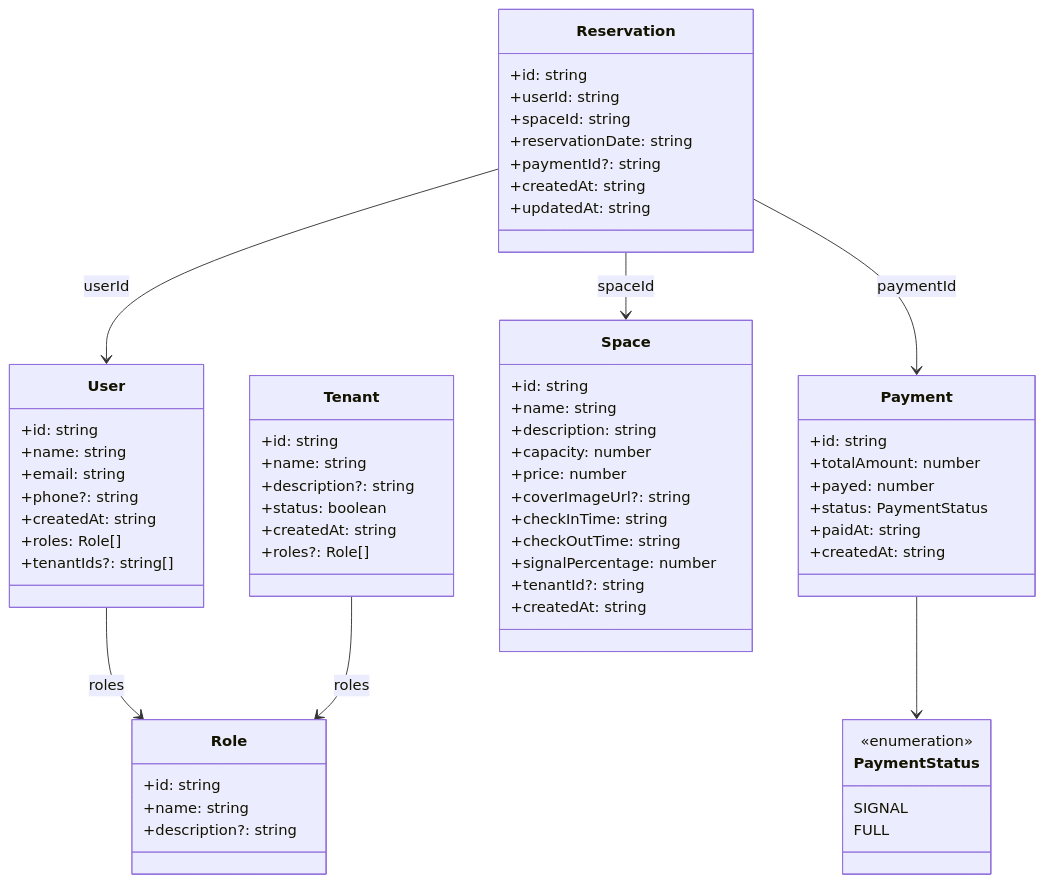
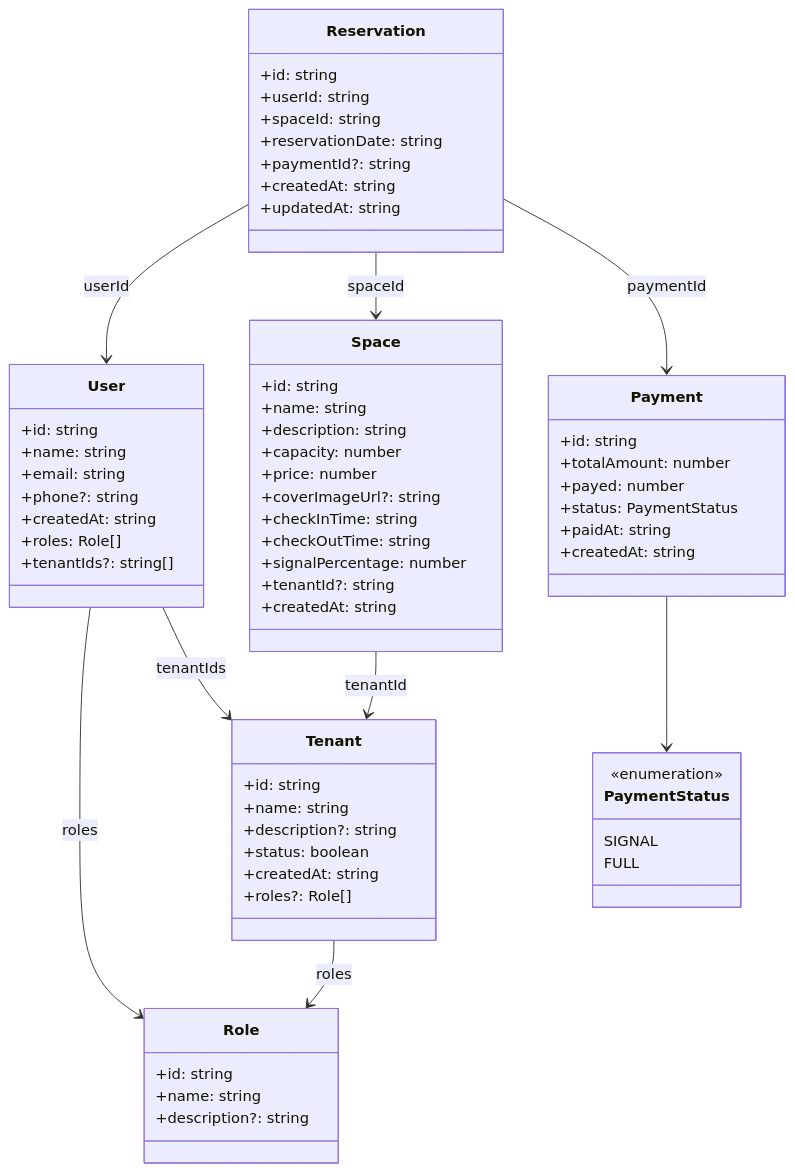
One commit to Ribapax/desSoft2502 changed the diagram in uml/diagrama-classes.mmd. Above: the diagram before and after it, drawn with Mermaid. The commit also changed 2 other files, not shown here.

Commit message:
feat: add check-in and check-out time fields to reservation components and update sequence diagram for double-booking scenario

```diff
--- a/uml/diagrama-classes.mmd
+++ b/uml/diagrama-classes.mmd
@@ -1,71 +1,73 @@
 classDiagram
     class Tenant {
         +id: string
         +name: string
         +description?: string
         +status: boolean
         +createdAt: string
         +roles?: Role[]
     }
 
     class Role {
         +id: string
         +name: string
         +description?: string
     }
 
     class User {
         +id: string
         +name: string
         +email: string
         +phone?: string
         +createdAt: string
         +roles: Role[]
         +tenantIds?: string[]
     }
 
     class Space {
         +id: string
         +name: string
         +description: string
         +capacity: number
         +price: number
         +coverImageUrl?: string
         +checkInTime: string
         +checkOutTime: string
         +signalPercentage: number
         +tenantId?: string
         +createdAt: string
     }
 
     class Reservation {
         +id: string
         +userId: string
         +spaceId: string
         +reservationDate: string
         +paymentId?: string
         +createdAt: string
         +updatedAt: string
     }
 
     class Payment {
         +id: string
         +totalAmount: number
         +payed: number
         +status: PaymentStatus
         +paidAt: string
         +createdAt: string
     }
 
     class PaymentStatus {
         <<enumeration>>
         SIGNAL
         FULL
     }
 
     Reservation --> User : userId
     Reservation --> Space : spaceId
     Reservation --> Payment : paymentId
     Payment --> PaymentStatus
     User --> Role : roles
+    User --> Tenant : tenantIds
+    Space --> Tenant : tenantId
     Tenant --> Role : roles
```
